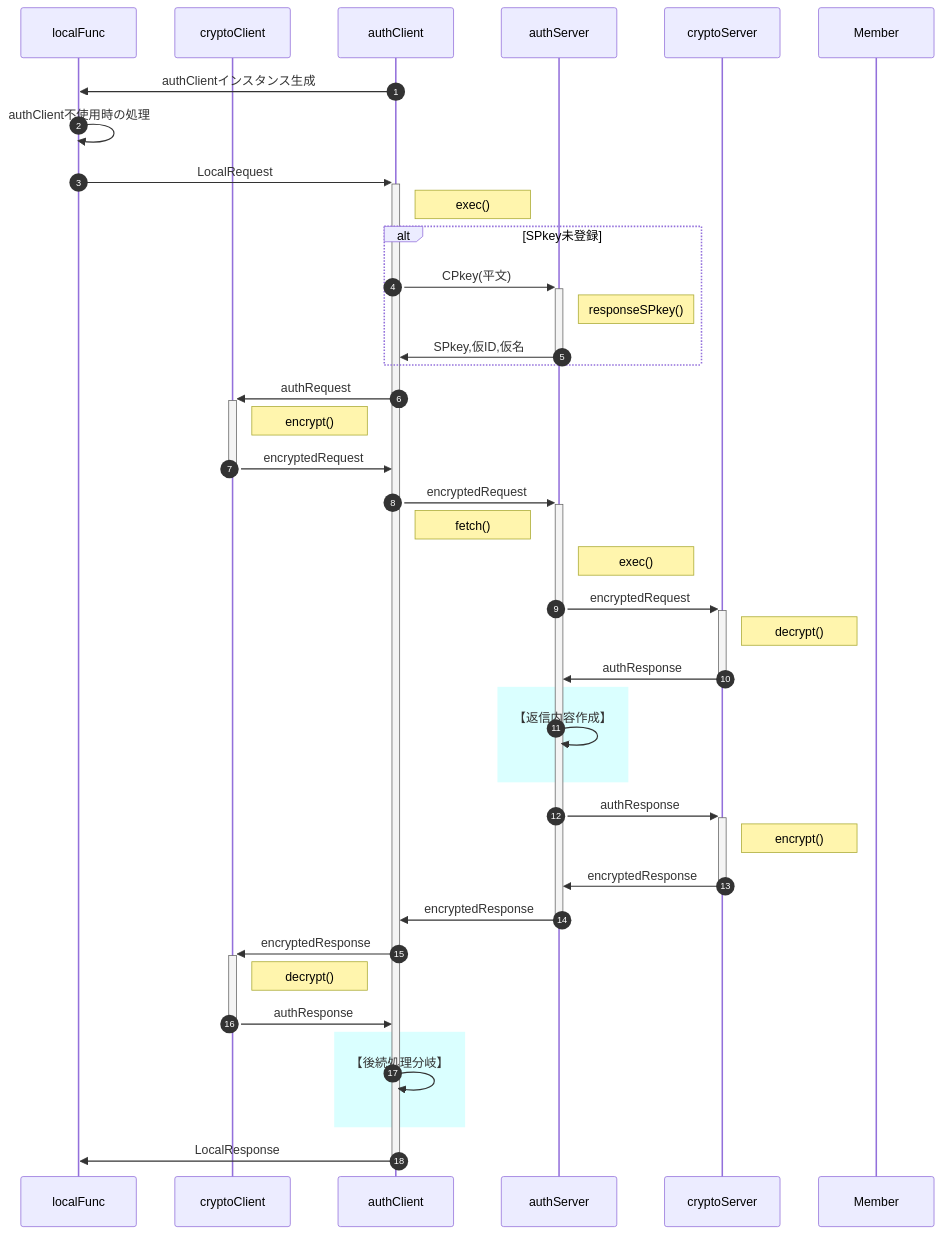
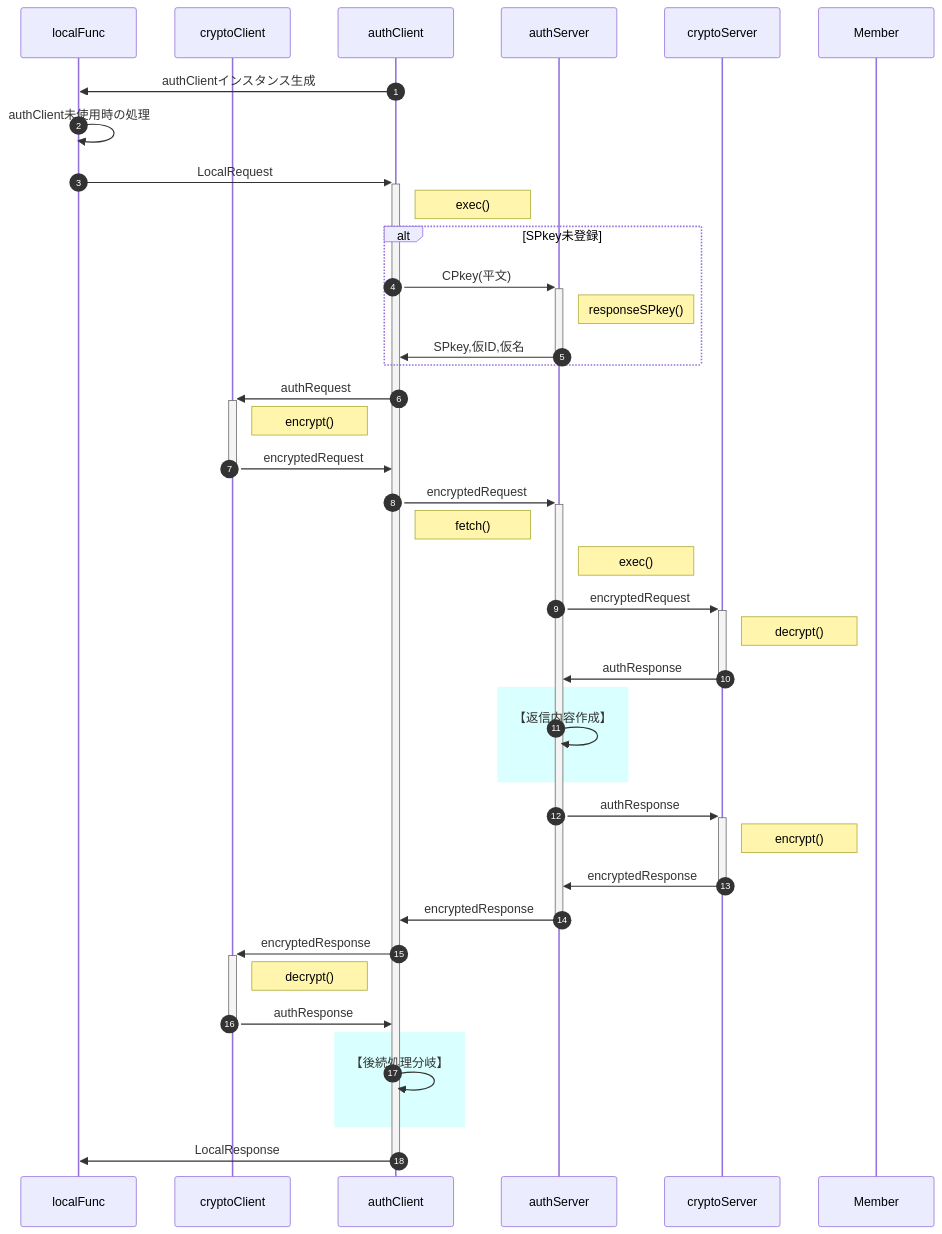
The first of 2 diagrams in underDev/Auth/doc/spec.md (nakaone/library), drawn with Mermaid before and after one commit. The commit also changed other lines of this file and 5 other files, not shown here.

````diff
--- a/underDev/Auth/doc/spec.md
+++ b/underDev/Auth/doc/spec.md
@@ -55,78 +56,78 @@
 ```mermaid
 sequenceDiagram
   autonumber
   %%actor user
   participant localFunc
   %%participant clientMail
   %%participant IndexedDB
   participant cryptoClient
   participant authClient
   participant authServer
   participant cryptoServer
   participant Member
   %%participant serverFunc
   %%actor admin
 
   %% インスタンス生成時処理：authClientConfig読み込み、IndexedDB読み込み、pvへの保存
   authClient->>localFunc: authClientインスタンス生成
 
-  localFunc->>localFunc: authClient不使用時の処理
+  localFunc->>localFunc: authClient未使用時の処理
   localFunc->>+authClient: LocalRequest
   Note right of authClient: exec()
 
   %% SPkey要求
   alt SPkey未登録
     authClient->>+authServer: CPkey(平文)
     Note right of authServer: responseSPkey()
     authServer->>-authClient: SPkey,仮ID,仮名
   end
 
   %% 以下、必要なら復活
   %% 環境構築(SPkey要求)
   %%rect rgba(218, 255, 255, 1)
   %%  authClient->>authClient: 【環境構築】
   %%end
 
   %% 要求の暗号化
   authClient->>+cryptoClient: authRequest
   Note right of cryptoClient: encrypt()
   cryptoClient->>-authClient: encryptedRequest
 
   %% 処理要求
   authClient->>+authServer: encryptedRequest
   Note right of authClient: fetch()
 
   Note right of authServer: exec()
 
   authServer->>+cryptoServer: encryptedRequest
   Note right of cryptoServer: decrypt()
   cryptoServer->>-authServer: authResponse
 
   %% 以下、必要なら復活
   %%rect rgba(218, 255, 255, 1)
   %%  authServer->>authServer: 【インスタンス生成】
   %%end
 
   rect rgba(218, 255, 255, 1)
     authServer->>authServer: 【返信内容作成】
   end
 
   authServer->>+cryptoServer: authResponse
   Note right of cryptoServer: encrypt()
   cryptoServer->>-authServer: encryptedResponse
 
   authServer->>-authClient: encryptedResponse
   authClient->>+cryptoClient: encryptedResponse
   Note right of cryptoClient: decrypt()
   cryptoClient->>-authClient: authResponse
 
   rect rgba(218, 255, 255, 1)
     authClient->>authClient: 【後続処理分岐】
   end
 
   %% 新規登録要求
   %% パスコード入力
   %% パスコード再発行
 
   authClient->>-localFunc: LocalResponse
 ```
````
